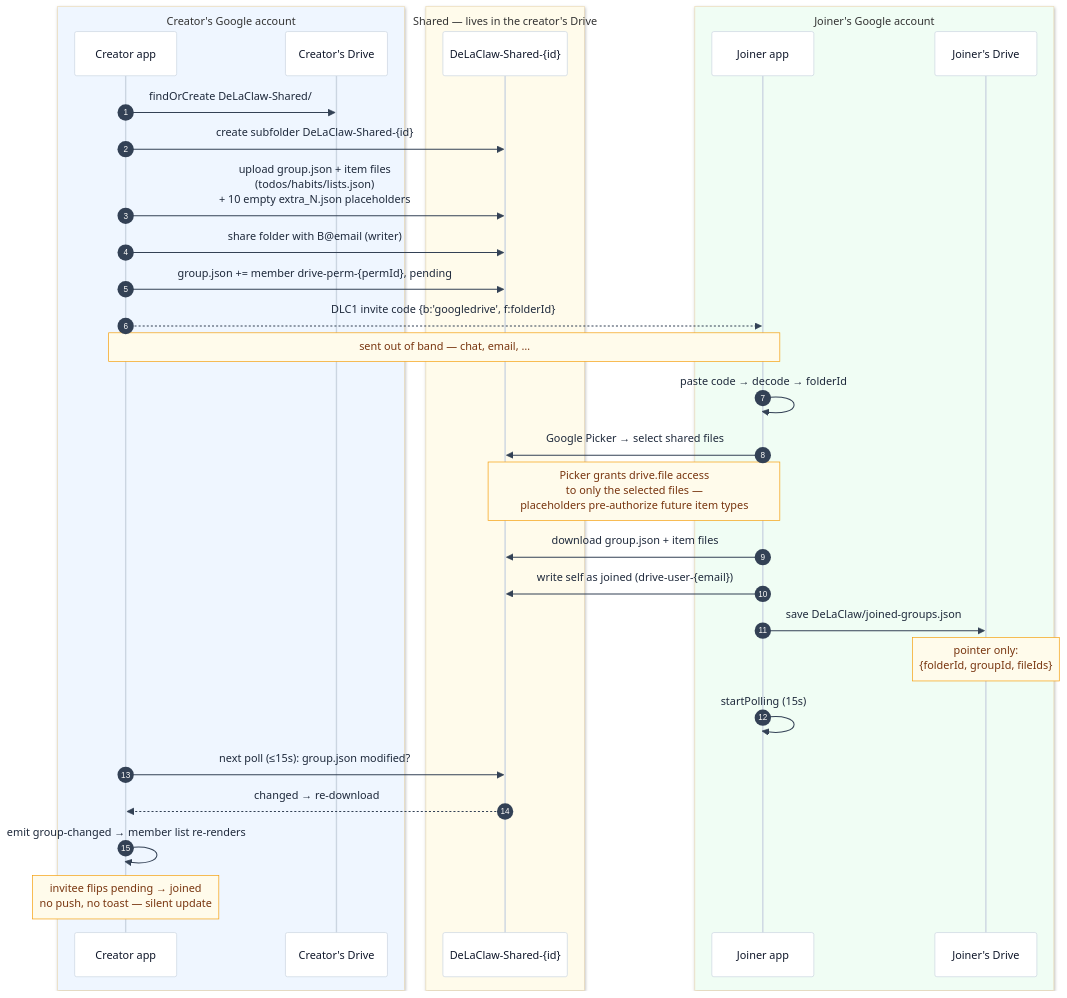
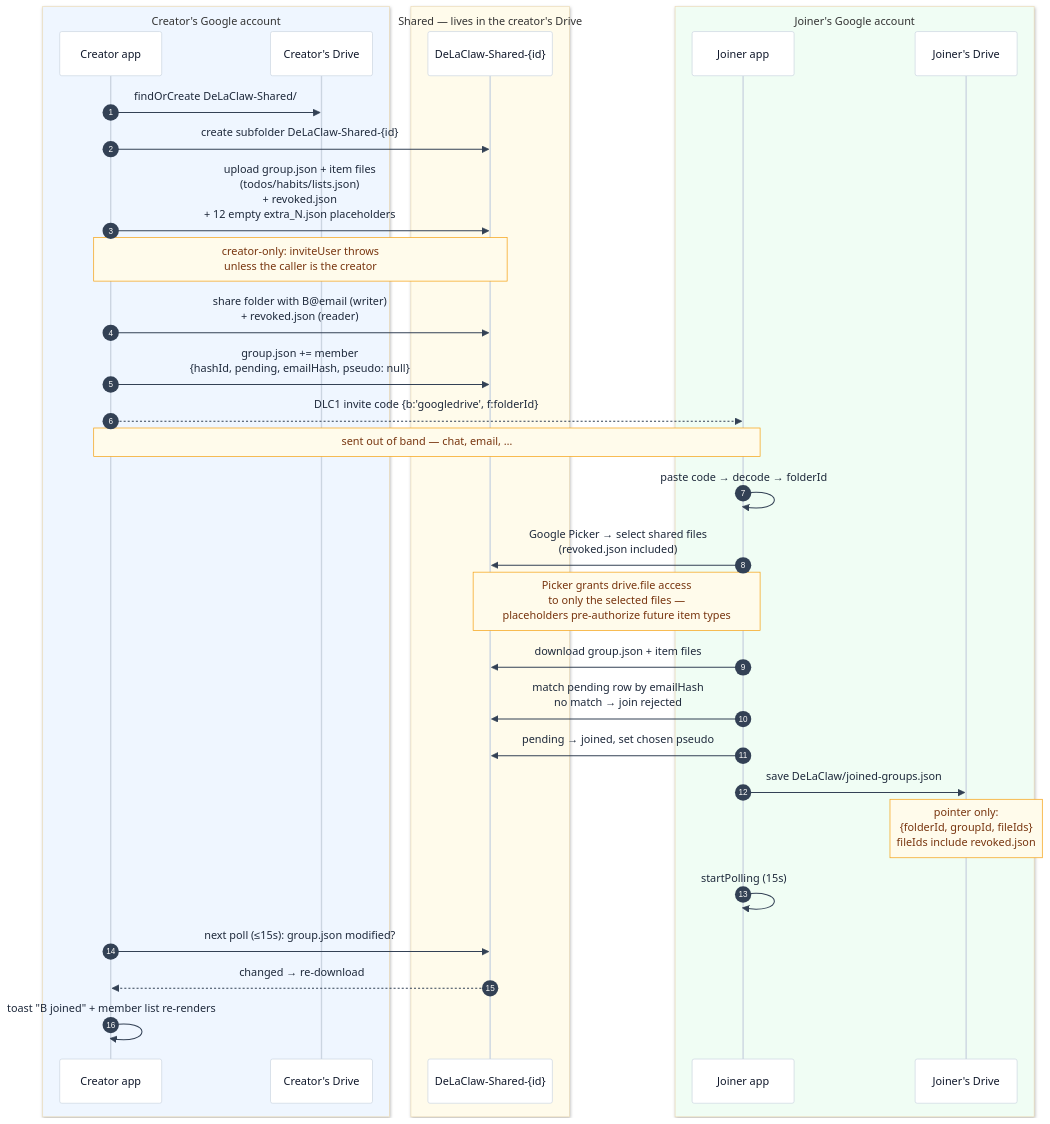
Before and after one commit to AntGro/DeLaClaw: the second of 9 diagrams in docs-site/sharing.md, drawn with Mermaid. The commit also changed other lines of this file and 6 other files, not shown here.

First line of the commit message:
docs(sharing): target design — 14 decided questions in flows and contract

````diff
--- a/docs-site/sharing.md
+++ b/docs-site/sharing.md
@@ -128,36 +140,37 @@
 ```mermaid
 %%{init: {'theme': 'base', 'themeVariables': {'background': '#fbfaf8', 'actorBkg': '#ffffff', 'actorBorder': '#cbd5e1', 'actorTextColor': '#0f172a', 'actorLineColor': '#cbd5e1', 'signalColor': '#334155', 'signalTextColor': '#1e293b', 'noteBkgColor': '#fffbeb', 'noteBorderColor': '#f59e0b', 'noteTextColor': '#78350f', 'labelBoxBkgColor': '#0f172a', 'labelBoxBorderColor': '#0f172a', 'labelTextColor': '#ffffff'}}}%%
 sequenceDiagram
     autonumber
     box rgb(239,246,255) Creator's Google account
     participant CA as Creator app
     participant CD as Creator's Drive
     end
     box rgb(255,251,235) Shared — lives in the creator's Drive
     participant SF as DeLaClaw-Shared-{id}
     end
     box rgb(240,253,244) Joiner's Google account
     participant JA as Joiner app
     participant JD as Joiner's Drive
     end
 
     CA->>CD: findOrCreate DeLaClaw-Shared/
     CA->>SF: create subfolder DeLaClaw-Shared-{id}
-    CA->>SF: upload group.json + item files<br/>(todos/habits/lists.json)<br/>+ 10 empty extra_N.json placeholders
-    CA->>SF: share folder with B@email (writer)
-    CA->>SF: group.json += member drive-perm-{permId}, pending
+    CA->>SF: upload group.json + item files<br/>(todos/habits/lists.json)<br/>+ revoked.json<br/>+ 12 empty extra_N.json placeholders
+    Note over CA,SF: creator-only: inviteUser throws<br/>unless the caller is the creator
+    CA->>SF: share folder with B@email (writer)<br/>+ revoked.json (reader)
+    CA->>SF: group.json += member<br/>{hashId, pending, emailHash, pseudo: null}
     CA-->>JA: DLC1 invite code {b:'googledrive', f:folderId}
     Note over CA,JA: sent out of band — chat, email, …
     JA->>JA: paste code → decode → folderId
-    JA->>SF: Google Picker → select shared files
+    JA->>SF: Google Picker → select shared files<br/>(revoked.json included)
     Note over JA,SF: Picker grants drive.file access<br/>to only the selected files —<br/>placeholders pre-authorize future item types
     JA->>SF: download group.json + item files
-    JA->>SF: write self as joined (drive-user-{email})
+    JA->>SF: match pending row by emailHash<br/>no match → join rejected
+    JA->>SF: pending → joined, set chosen pseudo
     JA->>JD: save DeLaClaw/joined-groups.json
-    Note over JD: pointer only:<br/>{folderId, groupId, fileIds}
+    Note over JD: pointer only:<br/>{folderId, groupId, fileIds}<br/>fileIds include revoked.json
     JA->>JA: startPolling (15s)
     CA->>SF: next poll (≤15s): group.json modified?
     SF-->>CA: changed → re-download
-    CA->>CA: emit group-changed → member list re-renders
-    Note over CA: invitee flips pending → joined<br/>no push, no toast — silent update
+    CA->>CA: toast "B joined" + member list re-renders
 ```
````
